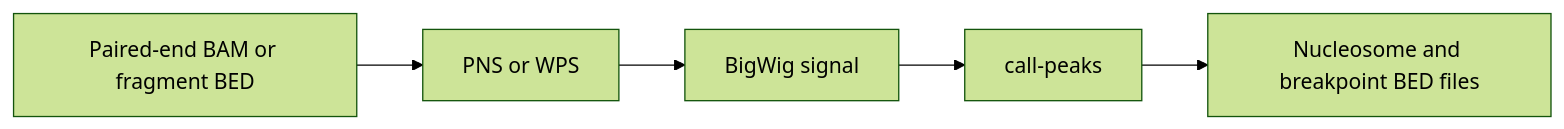
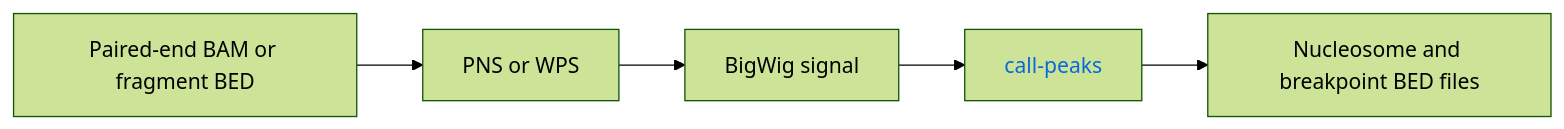
The fifth of 16 diagrams in docs/WORKFLOWS.md (adjohnston85/NucleoSuite), drawn with Mermaid (forest theme) before and after one commit. The commit also changed other lines of this file and 9 other files, not shown here.

````diff
--- a/docs/WORKFLOWS.md
+++ b/docs/WORKFLOWS.md
@@ -115,7 +132,11 @@
 ```mermaid
 flowchart LR
     A[Paired-end BAM or fragment BED] --> B[PNS or WPS]
     B --> C[BigWig signal]
     C --> D[call-peaks]
     D --> E[Nucleosome and breakpoint BED files]
+
+    classDef commandLink color:#0969da,text-decoration:none;
+    class D commandLink;
+    click D href "https://github.com/adjohnston85/NucleoSuite/blob/main/docs/commands/call-peaks.md" "Open call-peaks documentation"
 ```
````
